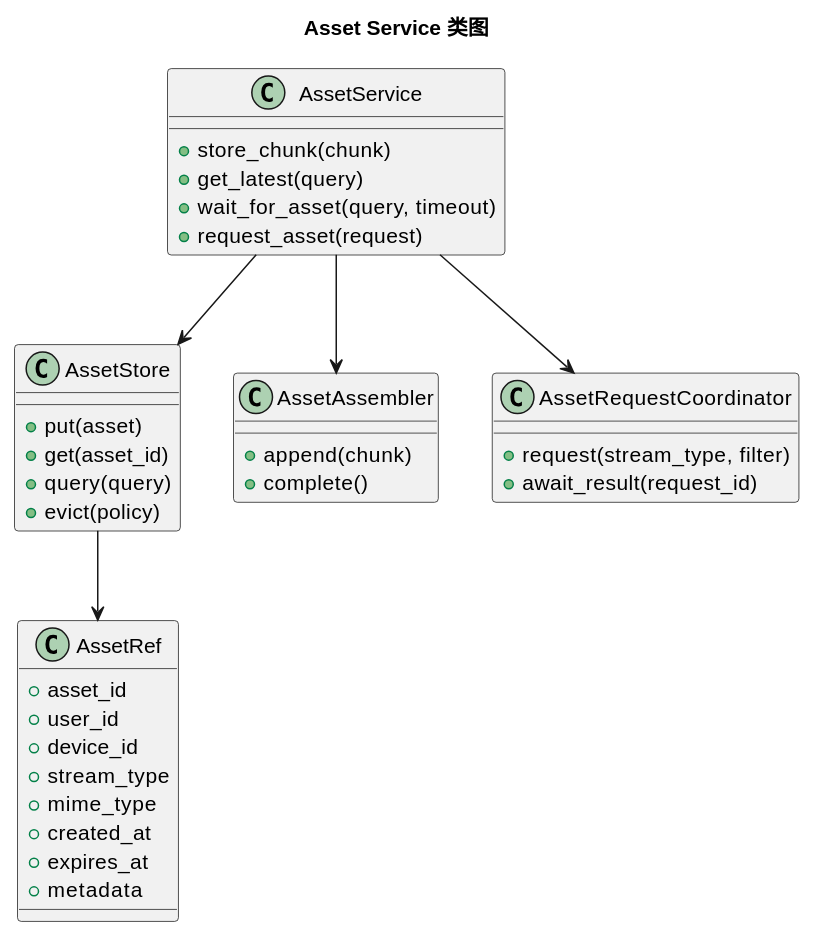
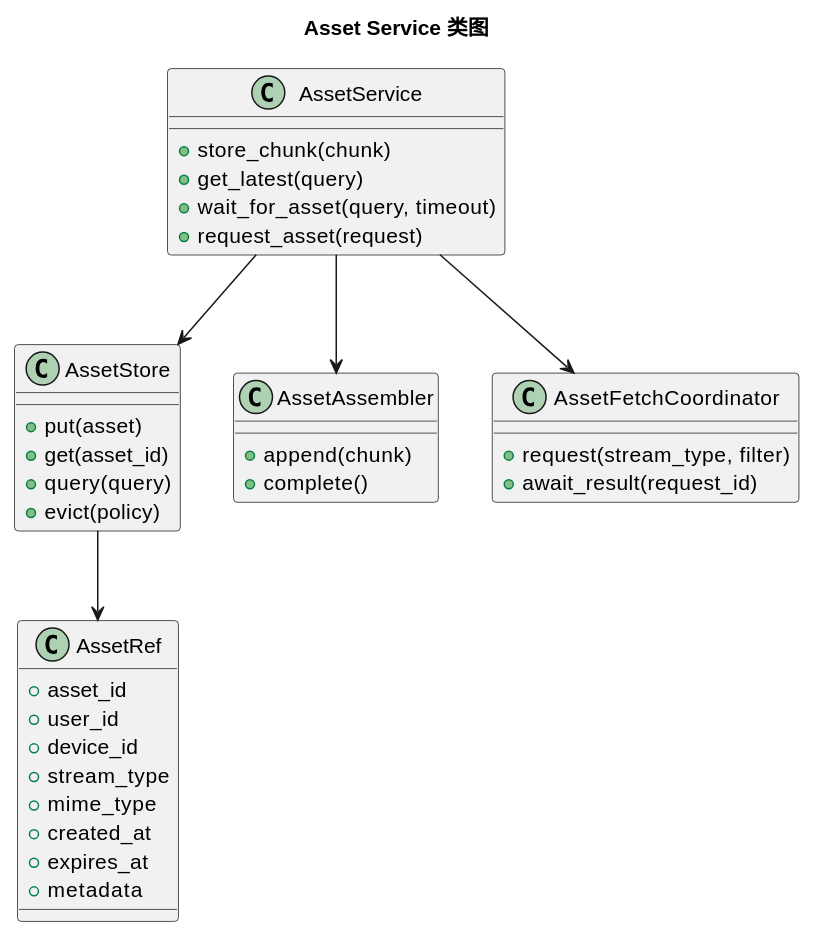
The eighth of 14 diagrams in audio-chat/docs/audio-chat-sdk-architecture.md (HengeLiu/RealtimeAgent), drawn with PlantUML before and after one commit. The commit also changed other lines of this file and 1 other file, not shown here.

````diff
--- a/audio-chat/docs/audio-chat-sdk-architecture.md
+++ b/audio-chat/docs/audio-chat-sdk-architecture.md
@@ -1254,45 +1372,45 @@
 ```plantuml
 @startuml
 title Asset Service 类图
 
 class AssetService {
   +store_chunk(chunk)
   +get_latest(query)
   +wait_for_asset(query, timeout)
   +request_asset(request)
 }
 
 class AssetStore {
   +put(asset)
   +get(asset_id)
   +query(query)
   +evict(policy)
 }
 
 class AssetRef {
   +asset_id
   +user_id
   +device_id
   +stream_type
   +mime_type
   +created_at
   +expires_at
   +metadata
 }
 
 class AssetAssembler {
   +append(chunk)
   +complete()
 }
 
-class AssetRequestCoordinator {
+class AssetFetchCoordinator {
   +request(stream_type, filter)
   +await_result(request_id)
 }
 
 AssetService --> AssetStore
 AssetService --> AssetAssembler
-AssetService --> AssetRequestCoordinator
+AssetService --> AssetFetchCoordinator
 AssetStore --> AssetRef
 @enduml
 ```
````
